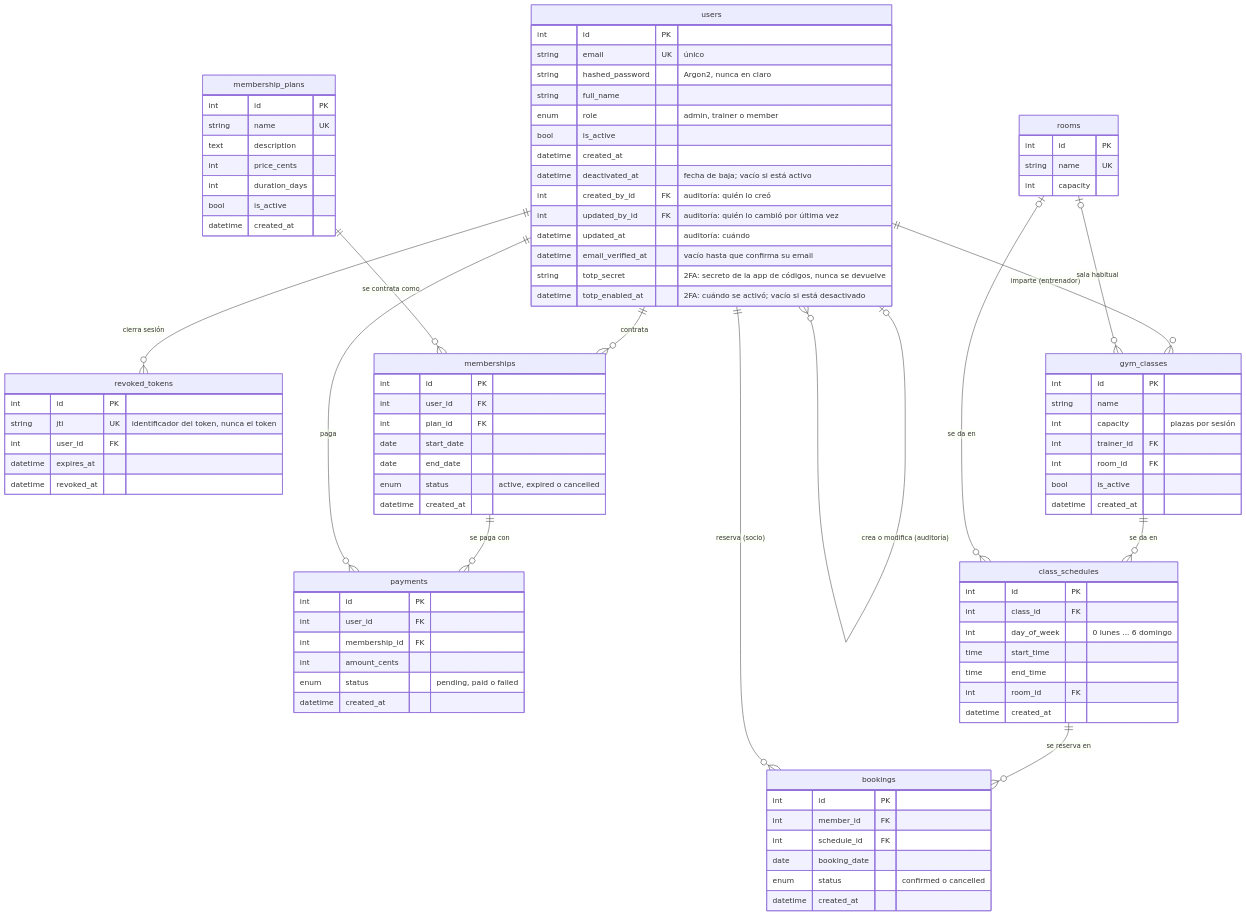
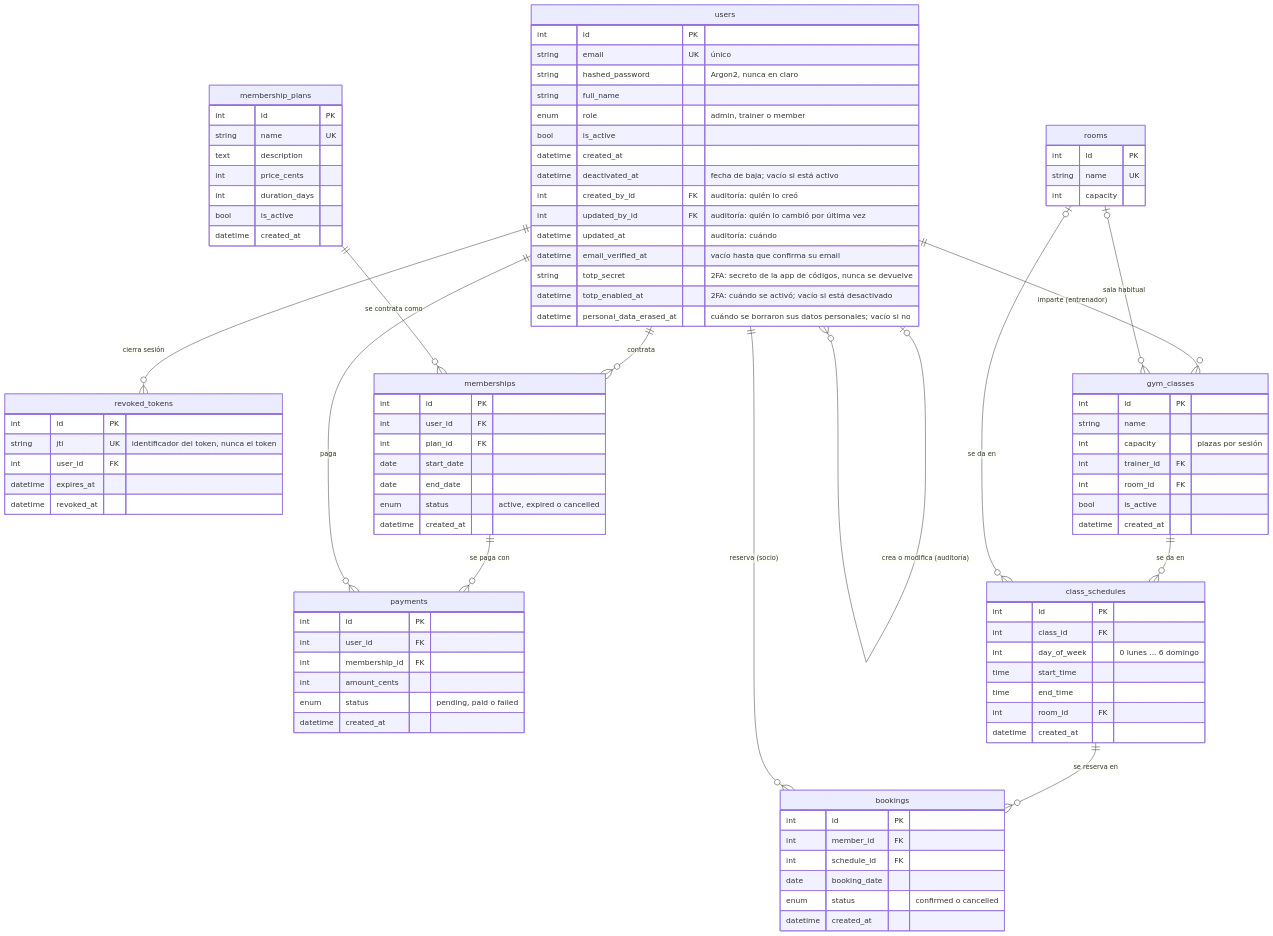
The diagram in docs/er-diagram.md (IA-P1-BCN/g2-python-crud-api), drawn with Mermaid before and after one commit. The commit also changed other lines of this file and 11 other files, not shown here.

Commit message:
feat(users): erase a member's personal data and stop publishing staff demo credentials

```diff
--- a/docs/er-diagram.md
+++ b/docs/er-diagram.md
@@ -24,6 +24,7 @@
         datetime email_verified_at "vacío hasta que confirma su email"
         string totp_secret "2FA: secreto de la app de códigos, nunca se devuelve"
         datetime totp_enabled_at "2FA: cuándo se activó; vacío si está desactivado"
+        datetime personal_data_erased_at "cuándo se borraron sus datos personales; vacío si no"
     }
     revoked_tokens {
         int id PK
```
